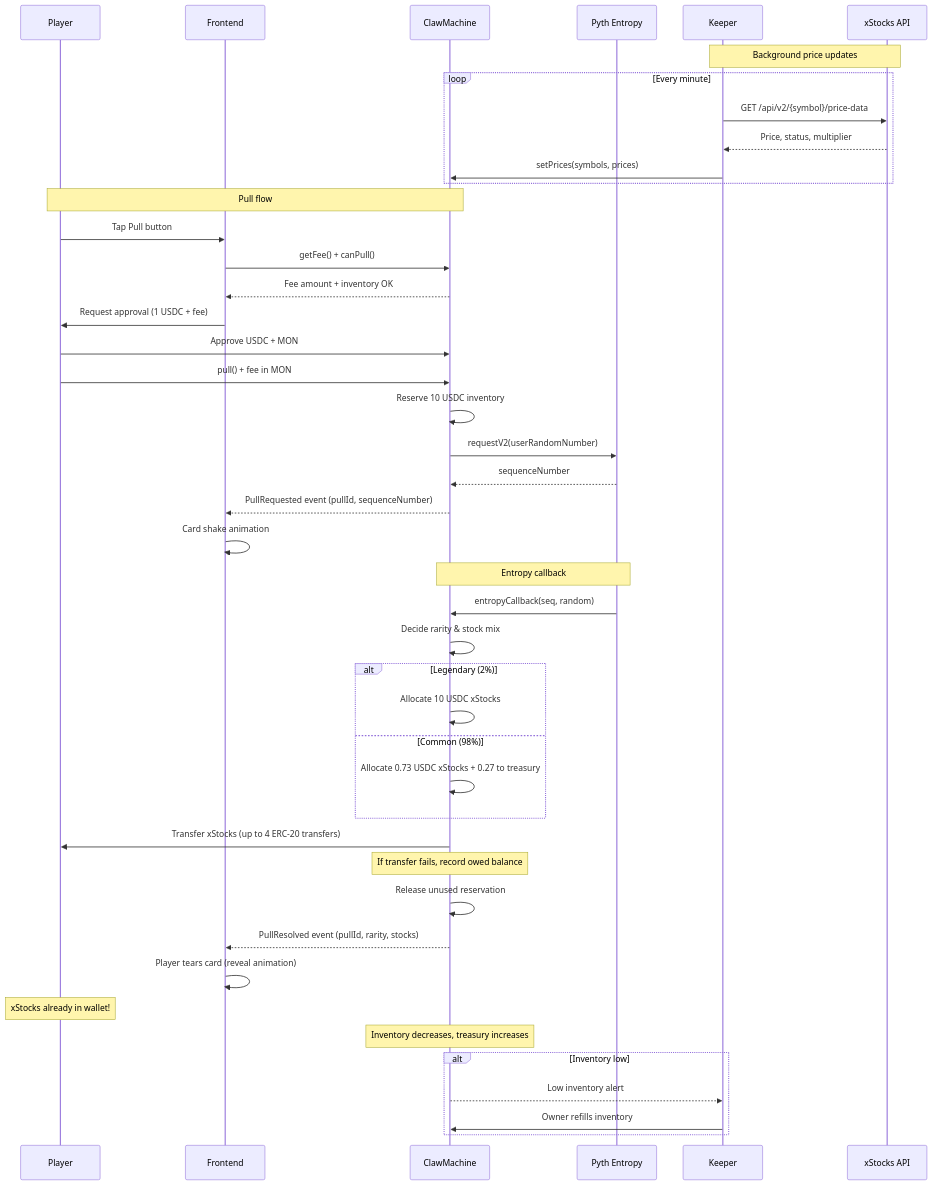
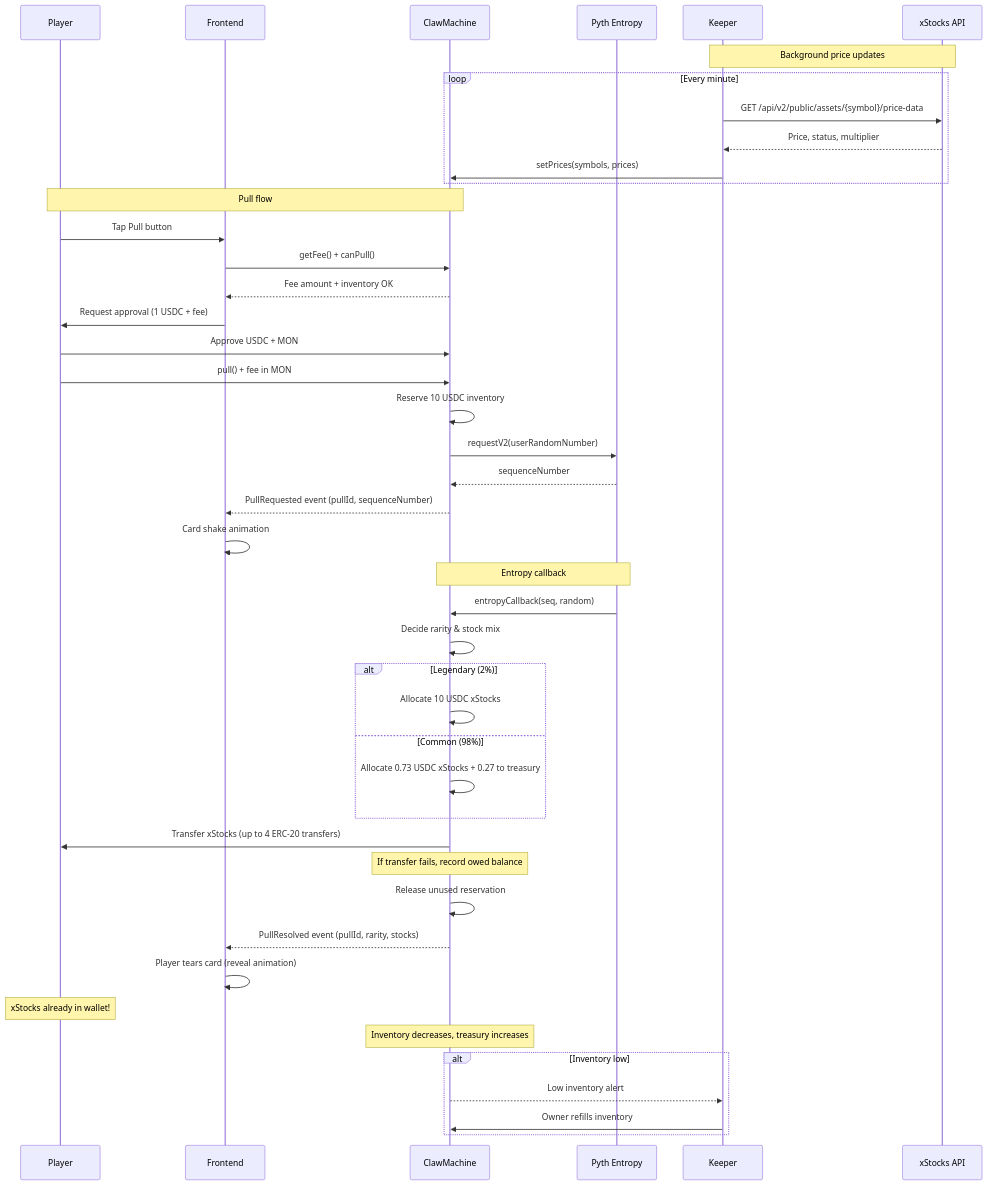
The second of 2 diagrams in plan.md (AyushBherwani1998/gachamon), drawn with Mermaid before and after one commit. The commit also changed other lines of this file, not shown here.

First line of the commit message:
docs(plan): correct xStocks API paths, sourcing route and callback gas

````diff
--- a/plan.md
+++ b/plan.md
@@ -101,51 +103,51 @@
 ```mermaid
 sequenceDiagram
     participant Player
     participant Frontend
     participant ClawMachine
     participant Pyth Entropy
     participant Keeper
     participant xStocks API
 
     Note over Keeper,xStocks API: Background price updates
     loop Every minute
-        Keeper->>xStocks API: GET /api/v2/{symbol}/price-data
+        Keeper->>xStocks API: GET /api/v2/public/assets/{symbol}/price-data
         xStocks API-->>Keeper: Price, status, multiplier
         Keeper->>ClawMachine: setPrices(symbols, prices)
     end
 
     Note over Player,ClawMachine: Pull flow
     Player->>Frontend: Tap Pull button
     Frontend->>ClawMachine: getFee() + canPull()
     ClawMachine-->>Frontend: Fee amount + inventory OK
     Frontend->>Player: Request approval (1 USDC + fee)
     Player->>ClawMachine: Approve USDC + MON
     Player->>ClawMachine: pull() + fee in MON
     ClawMachine->>ClawMachine: Reserve 10 USDC inventory
     ClawMachine->>Pyth Entropy: requestV2(userRandomNumber)
     Pyth Entropy-->>ClawMachine: sequenceNumber
     ClawMachine-->>Frontend: PullRequested event (pullId, sequenceNumber)
     Frontend->>Frontend: Card shake animation
 
     Note over Pyth Entropy,ClawMachine: Entropy callback
     Pyth Entropy->>ClawMachine: entropyCallback(seq, random)
     ClawMachine->>ClawMachine: Decide rarity & stock mix
     alt Legendary (2%)
         ClawMachine->>ClawMachine: Allocate 10 USDC xStocks
     else Common (98%)
         ClawMachine->>ClawMachine: Allocate 0.73 USDC xStocks + 0.27 to treasury
     end
     ClawMachine->>Player: Transfer xStocks (up to 4 ERC-20 transfers)
     Note over ClawMachine: If transfer fails, record owed balance
     ClawMachine->>ClawMachine: Release unused reservation
     ClawMachine-->>Frontend: PullResolved event (pullId, rarity, stocks)
 
     Frontend->>Frontend: Player tears card (reveal animation)
     Note over Player: xStocks already in wallet!
 
     Note over ClawMachine: Inventory decreases, treasury increases
     alt Inventory low
         ClawMachine-->>Keeper: Low inventory alert
         Keeper->>ClawMachine: Owner refills inventory
     end
 ```
````
